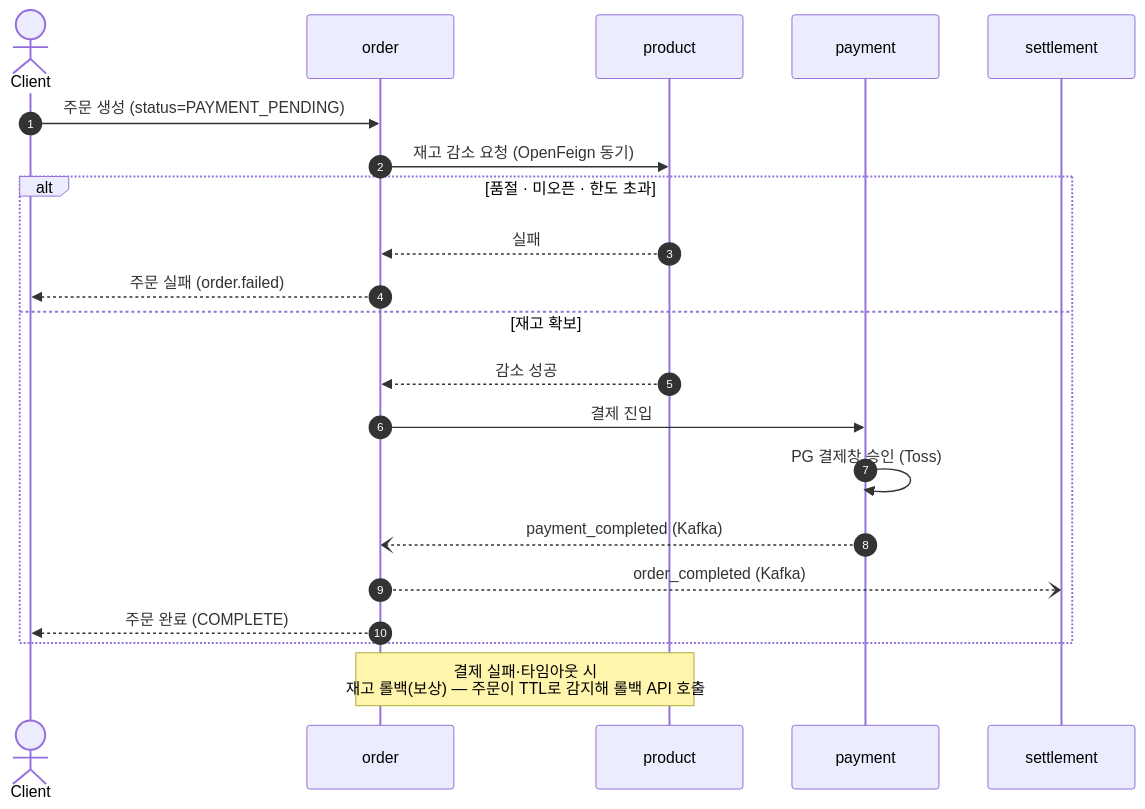
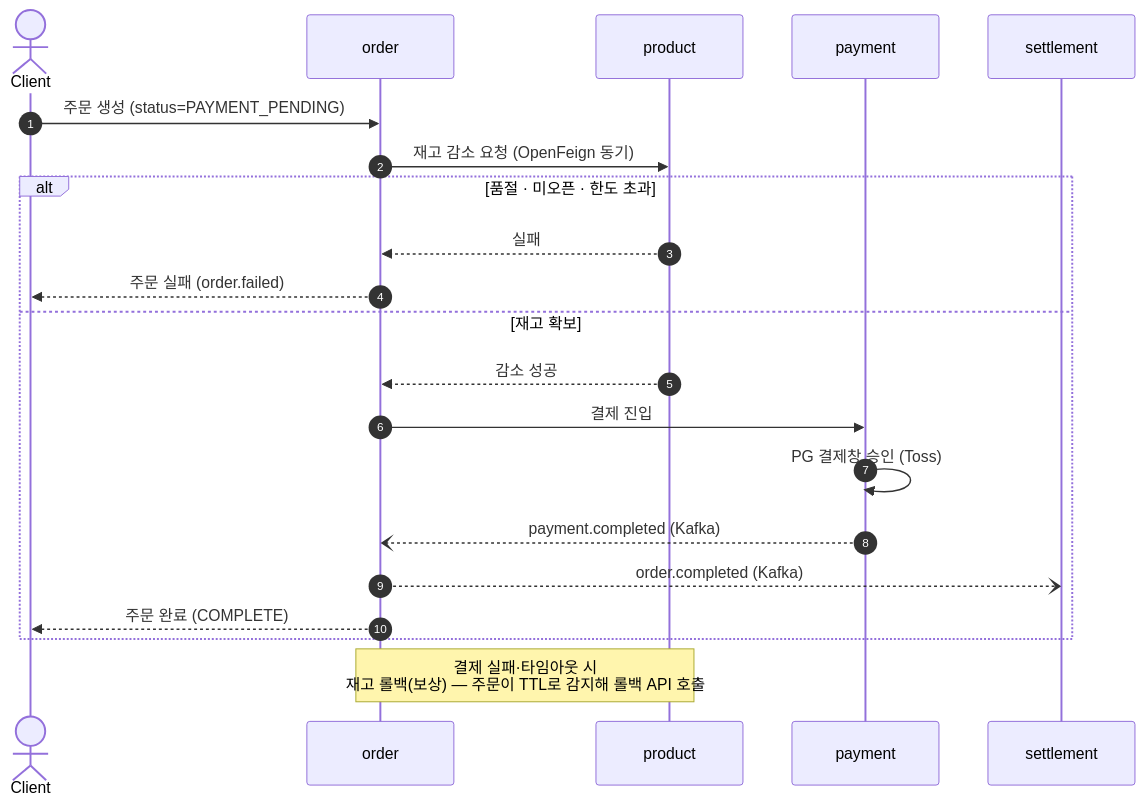
One commit to prgrms-be-adv-devcourse/beadv6_6_Let-sGPT_BE changed the second of 2 diagrams in README.md. Above: the diagram before and after it, drawn with Mermaid. The commit also changed other lines of this file and 1 other file, not shown here.

Commit message:
docs: 이벤트 토픽 표기 정리

````diff
--- a/README.md
+++ b/README.md
@@ -106,26 +106,26 @@
 ```mermaid
 sequenceDiagram
     autonumber
     actor C as Client
     participant O as order
     participant P as product
     participant Pay as payment
     participant S as settlement
 
     C->>O: 주문 생성 (status=PAYMENT_PENDING)
     O->>P: 재고 감소 요청 (OpenFeign 동기)
 
     alt 품절 · 미오픈 · 한도 초과
         P-->>O: 실패
         O-->>C: 주문 실패 (order.failed)
     else 재고 확보
         P-->>O: 감소 성공
         O->>Pay: 결제 진입
         Pay->>Pay: PG 결제창 승인 (Toss)
-        Pay--)O: payment_completed (Kafka)
-        O--)S: order_completed (Kafka)
+        Pay--)O: payment.completed (Kafka)
+        O--)S: order.completed (Kafka)
         O-->>C: 주문 완료 (COMPLETE)
     end
 
     Note over O,P: 결제 실패·타임아웃 시<br/>재고 롤백(보상) — 주문이 TTL로 감지해 롤백 API 호출
 ```
````
